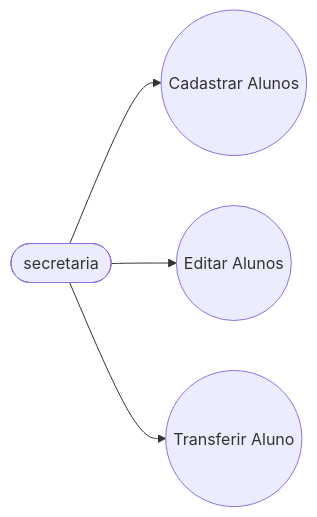
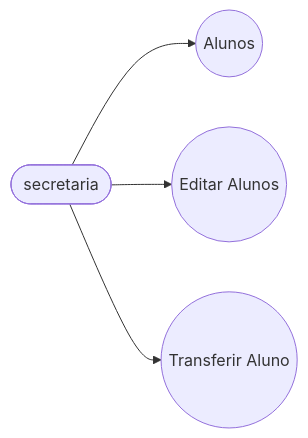
Before and after one commit to diogobenavidesilva-pixel/universidade: the first of 2 diagrams in readme.md, drawn with Mermaid. The commit also changed other lines of this file and 9 other files, not shown here.

````diff
--- a/readme.md
+++ b/readme.md
@@ -6,12 +6,12 @@
 ```mermaid
 flowchart LR
     Usuario([secretaria])
 
-    UC1((Cadastrar Alunos))
+    UC1(( Alunos))
     UC2((Editar Alunos))
     UC3((Transferir Aluno))
 
     Usuario --> UC1
     Usuario --> UC2
     Usuario --> UC3
 ```
````
